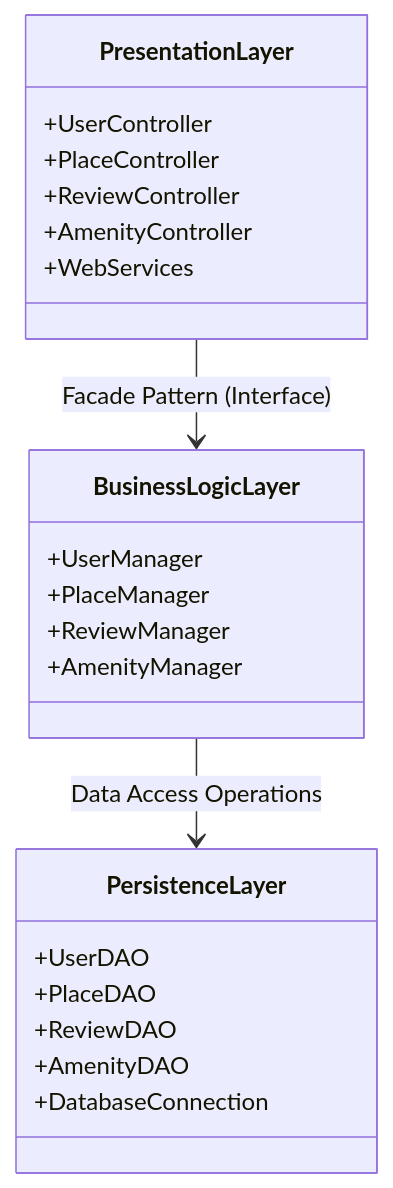
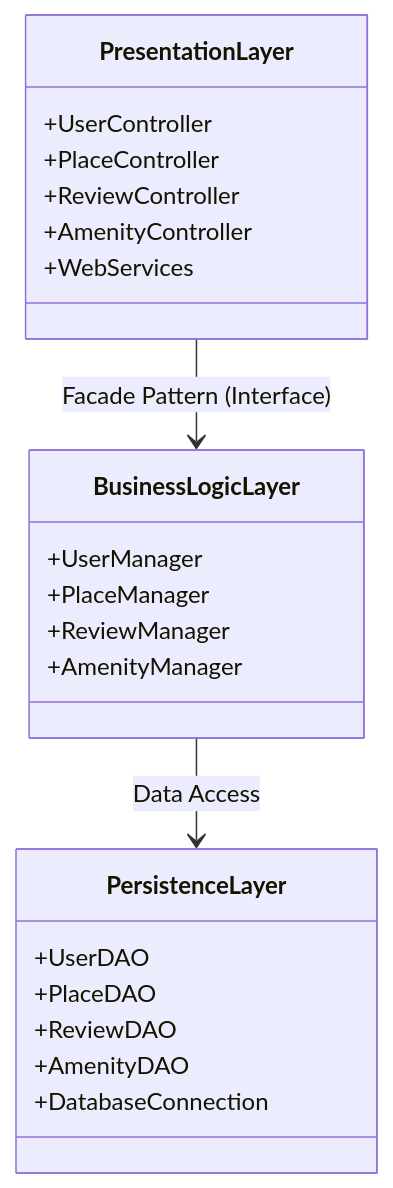
Before and after one commit to omarrui/holbertonschool-hbnb: the diagram in PackageDiagram.mmd, drawn with Mermaid.

Commit message:
refactor: simplify Data Access operation description in PackageDiagram

```diff
--- a/PackageDiagram.mmd
+++ b/PackageDiagram.mmd
@@ -1,28 +1,28 @@
 classDiagram
 
 class PresentationLayer {
     +UserController
     +PlaceController
     +ReviewController
     +AmenityController
     +WebServices
     
 }
 
 class BusinessLogicLayer {
     +UserManager
     +PlaceManager
     +ReviewManager
     +AmenityManager
 }
 
 class PersistenceLayer {
     +UserDAO
     +PlaceDAO
     +ReviewDAO
     +AmenityDAO
     +DatabaseConnection
 }
 
 PresentationLayer --> BusinessLogicLayer : Facade Pattern (Interface)
-BusinessLogicLayer --> PersistenceLayer : Data Access Operations
+BusinessLogicLayer --> PersistenceLayer : Data Access
```
